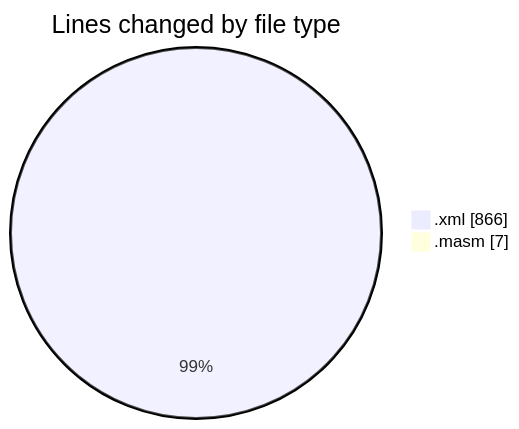
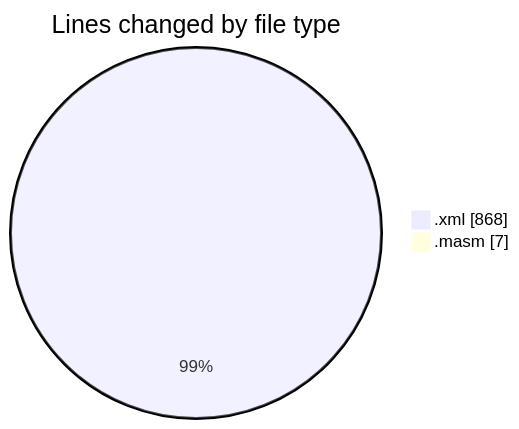
The first of 2 diagrams in 2025-03-11/jmasm/README.md (charlie-sans/code-tracking), drawn with Mermaid before and after one commit. The commit also changed other lines of this file and 1 other file, not shown here.

````diff
--- a/2025-03-11/jmasm/README.md
+++ b/2025-03-11/jmasm/README.md
@@ -21,6 +21,6 @@
 ```mermaid
 pie showData
 title Lines changed by file type
-".xml" : 866
+".xml" : 868
 ".masm" : 7
 ```
````
